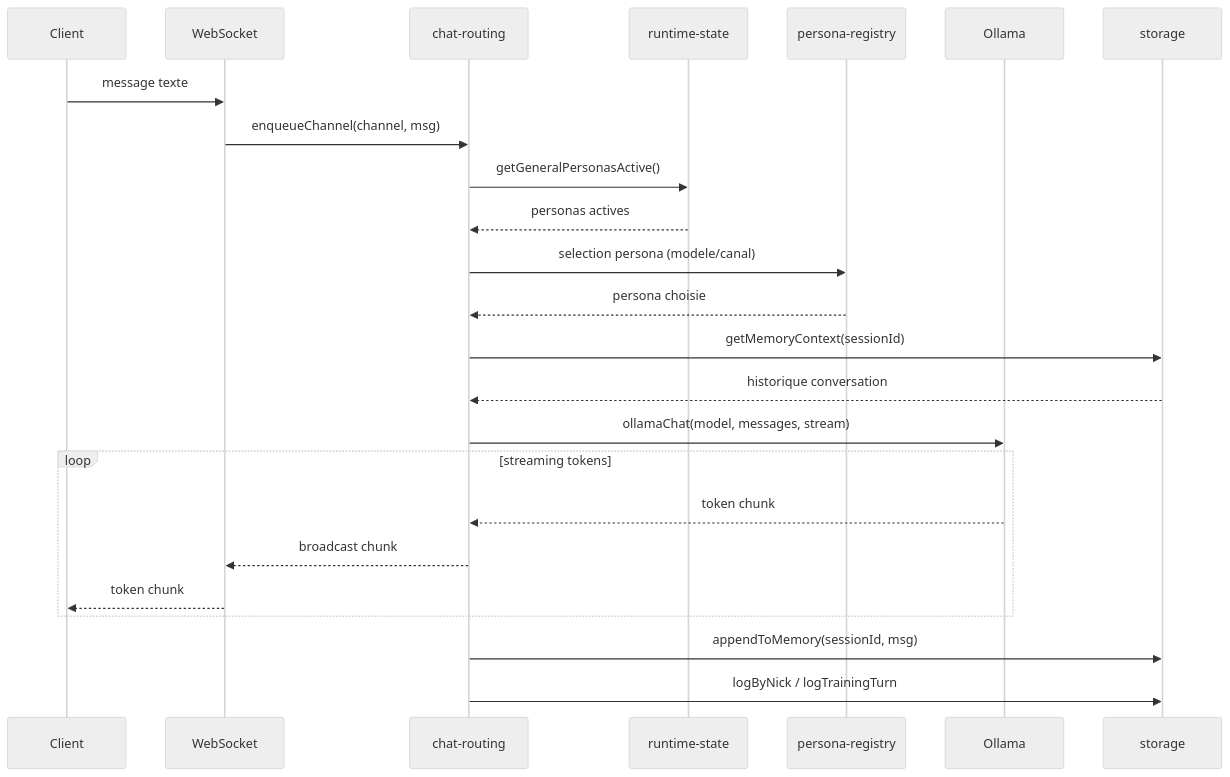
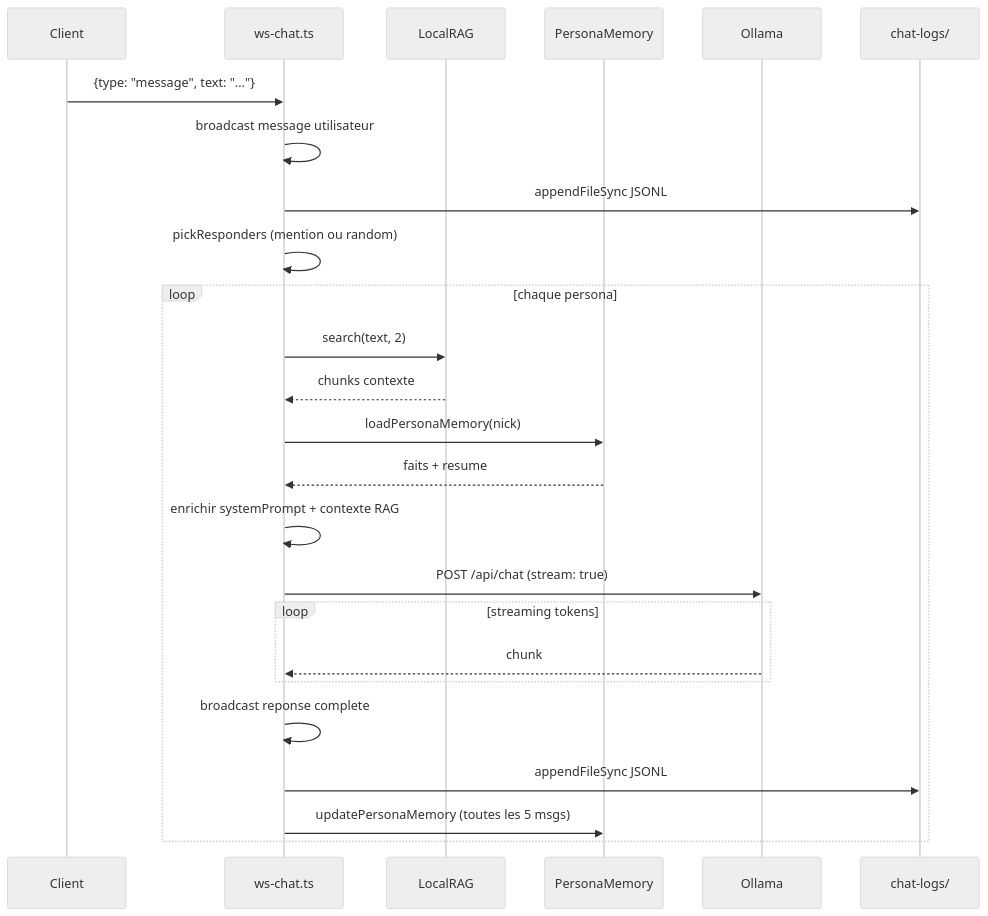
Before and after one commit to electron-rare/kxkm_clown: the eighth of 14 diagrams in docs/ARCHITECTURE.md, drawn with Mermaid (neutral theme). The commit also changed other lines of this file and 6 other files, not shown here.

````diff
--- a/docs/ARCHITECTURE.md
+++ b/docs/ARCHITECTURE.md
@@ -160,27 +300,29 @@
 ```mermaid
 sequenceDiagram
     participant C as Client
-    participant WS as WebSocket
-    participant CR as chat-routing
-    participant RT as runtime-state
-    participant PR as persona-registry
+    participant WS as ws-chat.ts
+    participant RAG as LocalRAG
+    participant Mem as PersonaMemory
     participant OL as Ollama
-    participant ST as storage
+    participant Log as chat-logs/
 
-    C->>WS: message texte
-    WS->>CR: enqueueChannel(channel, msg)
-    CR->>RT: getGeneralPersonasActive()
-    RT-->>CR: personas actives
-    CR->>PR: selection persona (modele/canal)
-    PR-->>CR: persona choisie
-    CR->>ST: getMemoryContext(sessionId)
-    ST-->>CR: historique conversation
-    CR->>OL: ollamaChat(model, messages, stream)
-    loop streaming tokens
-        OL-->>CR: token chunk
-        CR-->>WS: broadcast chunk
-        WS-->>C: token chunk
+    C->>WS: {type: "message", text: "..."}
+    WS->>WS: broadcast message utilisateur
+    WS->>Log: appendFileSync JSONL
+    WS->>WS: pickResponders (mention ou random)
+
+    loop chaque persona
+        WS->>RAG: search(text, 2)
+        RAG-->>WS: chunks contexte
+        WS->>Mem: loadPersonaMemory(nick)
+        Mem-->>WS: faits + resume
+        WS->>WS: enrichir systemPrompt + contexte RAG
+        WS->>OL: POST /api/chat (stream: true)
+        loop streaming tokens
+            OL-->>WS: chunk
+        end
+        WS->>WS: broadcast reponse complete
+        WS->>Log: appendFileSync JSONL
+        WS->>Mem: updatePersonaMemory (toutes les 5 msgs)
     end
-    CR->>ST: appendToMemory(sessionId, msg)
-    CR->>ST: logByNick / logTrainingTurn
 ```
````
